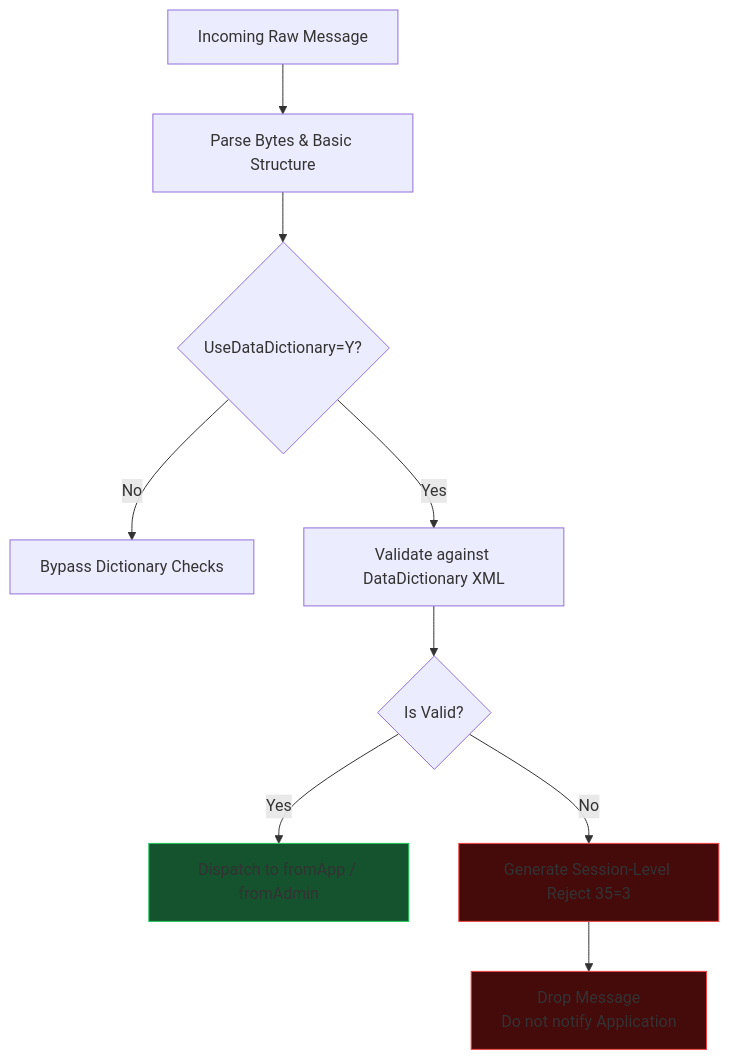
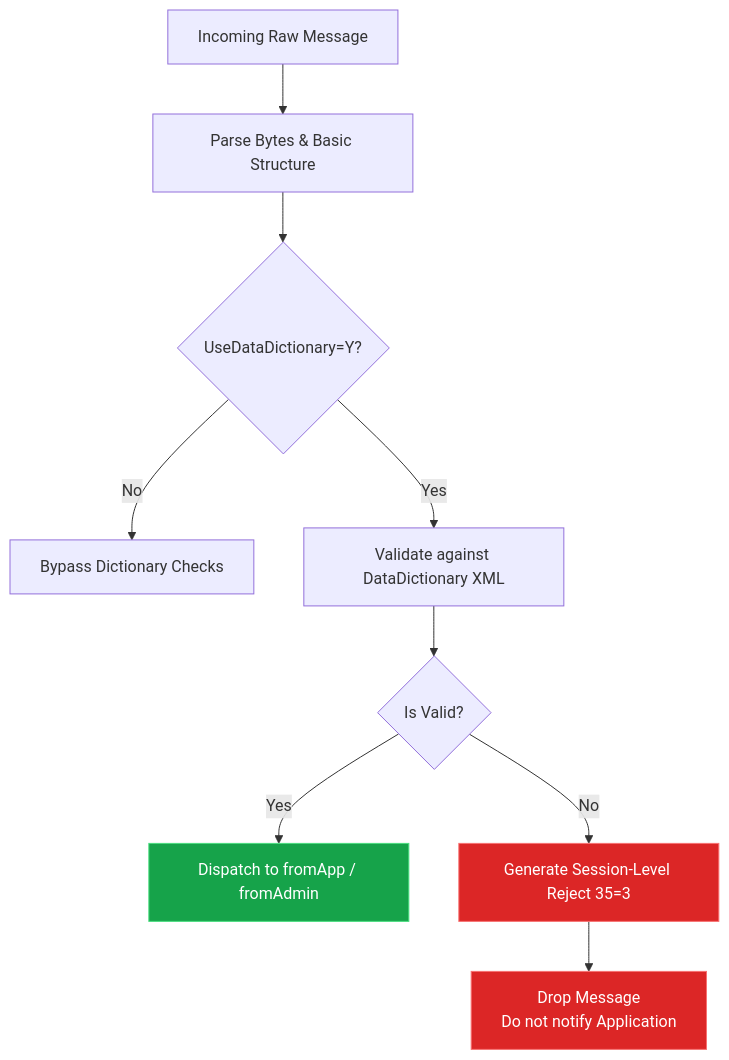
One commit to quickfix-j/quickfixj-pages changed the diagram in docs/validation.md. Above: the diagram before and after it, drawn with Mermaid. The commit also changed 1 other file, not shown here.

Commit message:
Fix legibility issues in developer-docs and validation mermaid diagrams

````diff
--- a/docs/validation.md
+++ b/docs/validation.md
@@ -11,16 +11,16 @@
 ```mermaid
 flowchart TD
     A[Incoming Raw Message] --> B[Parse Bytes & Basic Structure]
     B --> C{UseDataDictionary=Y?}
     C -- No --> D[Bypass Dictionary Checks]
     C -- Yes --> E[Validate against DataDictionary XML]
     
     E --> F{Is Valid?}
     F -- Yes --> G[Dispatch to fromApp / fromAdmin]
     F -- No --> H[Generate Session-Level Reject 35=3]
     H --> I[Drop Message<br>Do not notify Application]
     
-    style G fill:#14532d,stroke:#22c55e
-    style H fill:#450a0a,stroke:#ef4444
-    style I fill:#450a0a,stroke:#ef4444
+    style G fill:#16a34a,stroke:#4ade80,color:#ffffff
+    style H fill:#dc2626,stroke:#f87171,color:#ffffff
+    style I fill:#dc2626,stroke:#f87171,color:#ffffff
 ```
````
